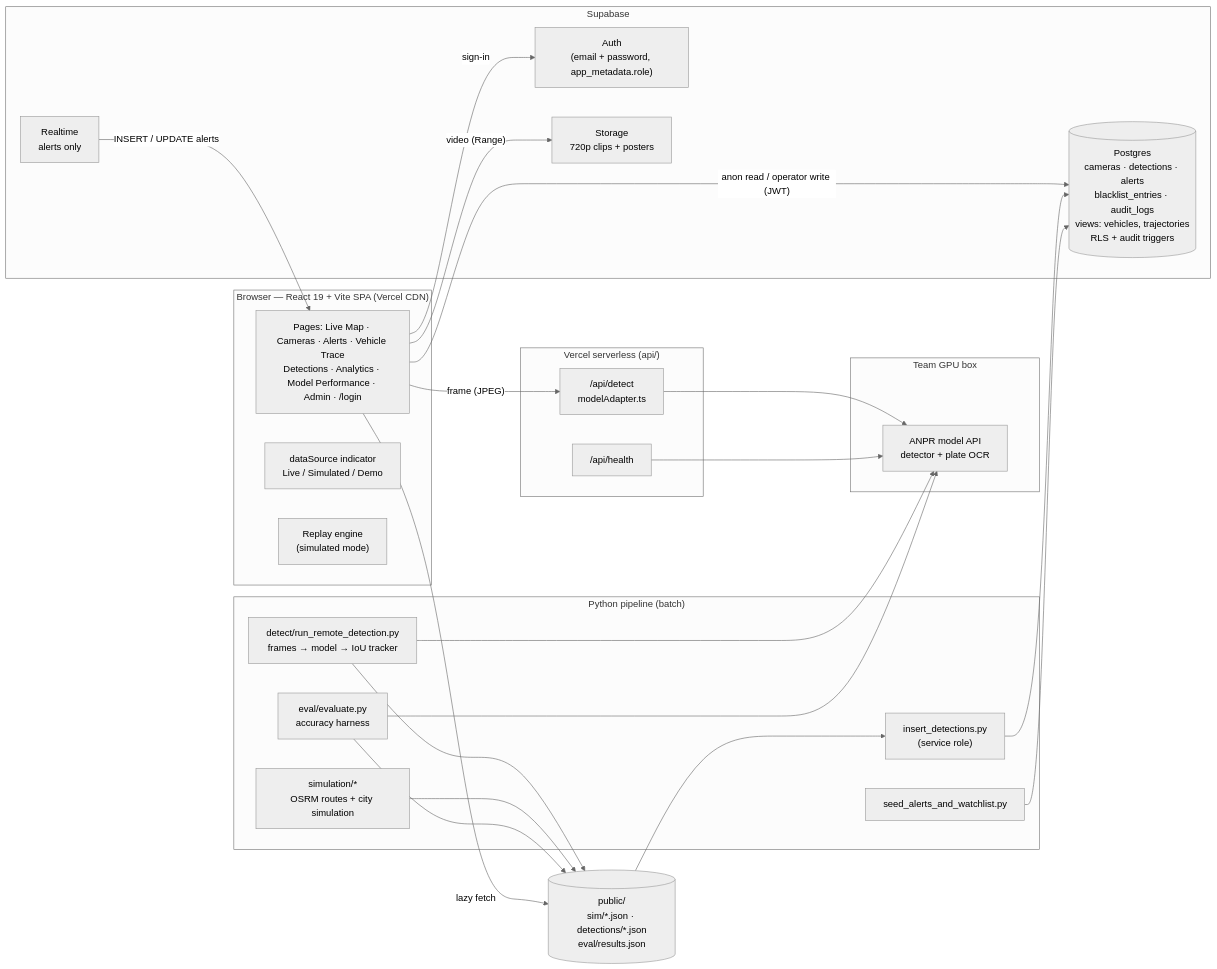
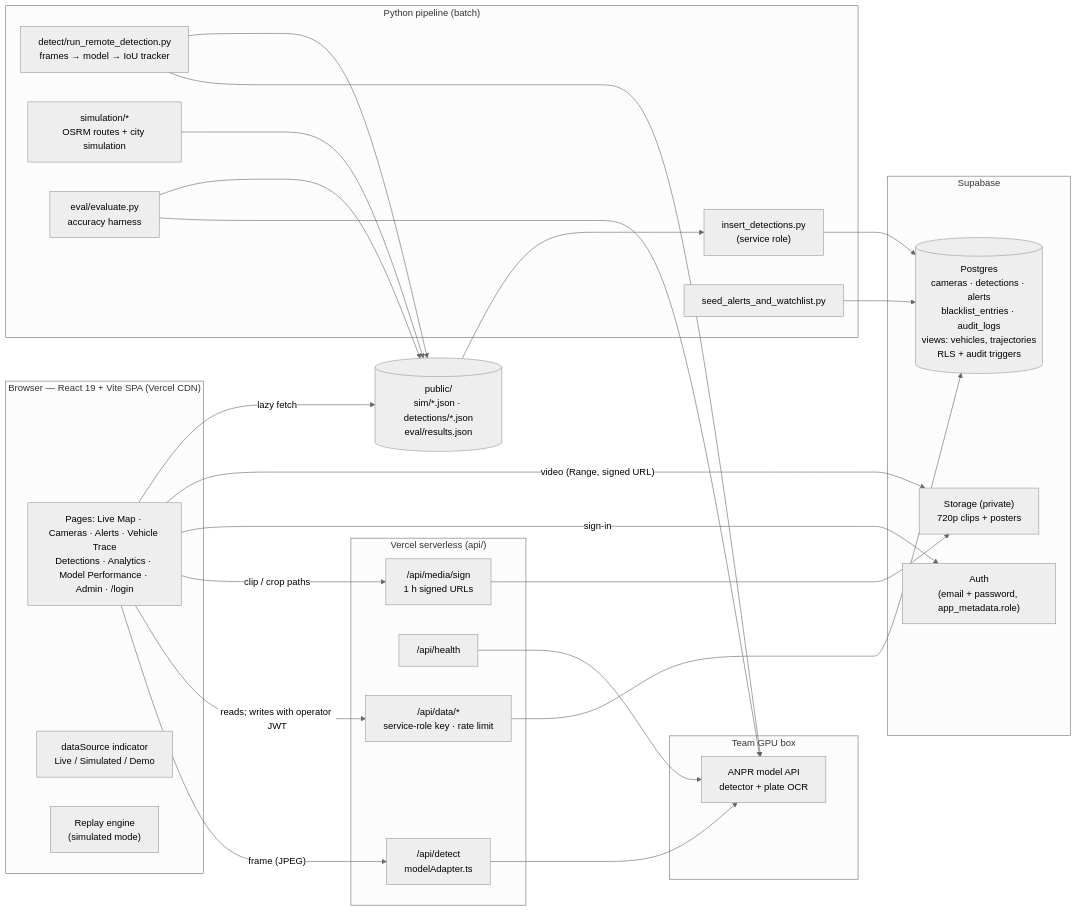
One commit to yuvrajbhadauriya/argus-sih26127 changed the first of 2 diagrams in docs/ARCHITECTURE.md. Above: the diagram before and after it, drawn with Mermaid (neutral theme). The commit also changed other lines of this file and 4 other files, not shown here.

Commit message:
Docs: private database, /api/data routes and signed media

````diff
--- a/docs/ARCHITECTURE.md
+++ b/docs/ARCHITECTURE.md
@@ -8,49 +8,50 @@
 ```mermaid
 flowchart LR
   subgraph Browser["Browser — React 19 + Vite SPA (Vercel CDN)"]
     UI["Pages: Live Map · Cameras · Alerts · Vehicle Trace<br/>Detections · Analytics · Model Performance · Admin · /login"]
     DS["dataSource indicator<br/>Live / Simulated / Demo"]
     RP["Replay engine<br/>(simulated mode)"]
   end
 
   subgraph Vercel["Vercel serverless (api/)"]
     DET["/api/detect<br/>modelAdapter.ts"]
     HLT["/api/health"]
+    DATA["/api/data/*<br/>service-role key · rate limit"]
+    SIGN["/api/media/sign<br/>1 h signed URLs"]
   end
 
   subgraph GPU["Team GPU box"]
     MODEL["ANPR model API<br/>detector + plate OCR"]
   end
 
   subgraph Supabase["Supabase"]
     AUTH["Auth<br/>(email + password, app_metadata.role)"]
     PG[("Postgres<br/>cameras · detections · alerts<br/>blacklist_entries · audit_logs<br/>views: vehicles, trajectories<br/>RLS + audit triggers")]
-    RT["Realtime<br/>alerts only"]
-    ST["Storage<br/>720p clips + posters"]
+    ST["Storage (private)<br/>720p clips + posters"]
   end
 
   subgraph Pipeline["Python pipeline (batch)"]
     RRD["detect/run_remote_detection.py<br/>frames → model → IoU tracker"]
     INS["insert_detections.py<br/>(service role)"]
     SEED["seed_alerts_and_watchlist.py"]
     SIM["simulation/*<br/>OSRM routes + city simulation"]
     EVAL["eval/evaluate.py<br/>accuracy harness"]
   end
 
   STATIC[("public/<br/>sim/*.json · detections/*.json<br/>eval/results.json")]
 
   UI -- "frame (JPEG)" --> DET --> MODEL
   HLT --> MODEL
-  UI -- "anon read / operator write (JWT)" --> PG
+  UI -- "reads; writes with operator JWT" --> DATA --> PG
+  UI -- "clip / crop paths" --> SIGN --> ST
   UI -- sign-in --> AUTH
-  RT -- "INSERT / UPDATE alerts" --> UI
-  UI -- "video (Range)" --> ST
+  UI -- "video (Range, signed URL)" --> ST
   UI -- lazy fetch --> STATIC
   RRD --> MODEL
   RRD --> STATIC
   STATIC --> INS --> PG
   SEED --> PG
   SIM --> STATIC
   EVAL --> MODEL
   EVAL --> STATIC
 ```
````
